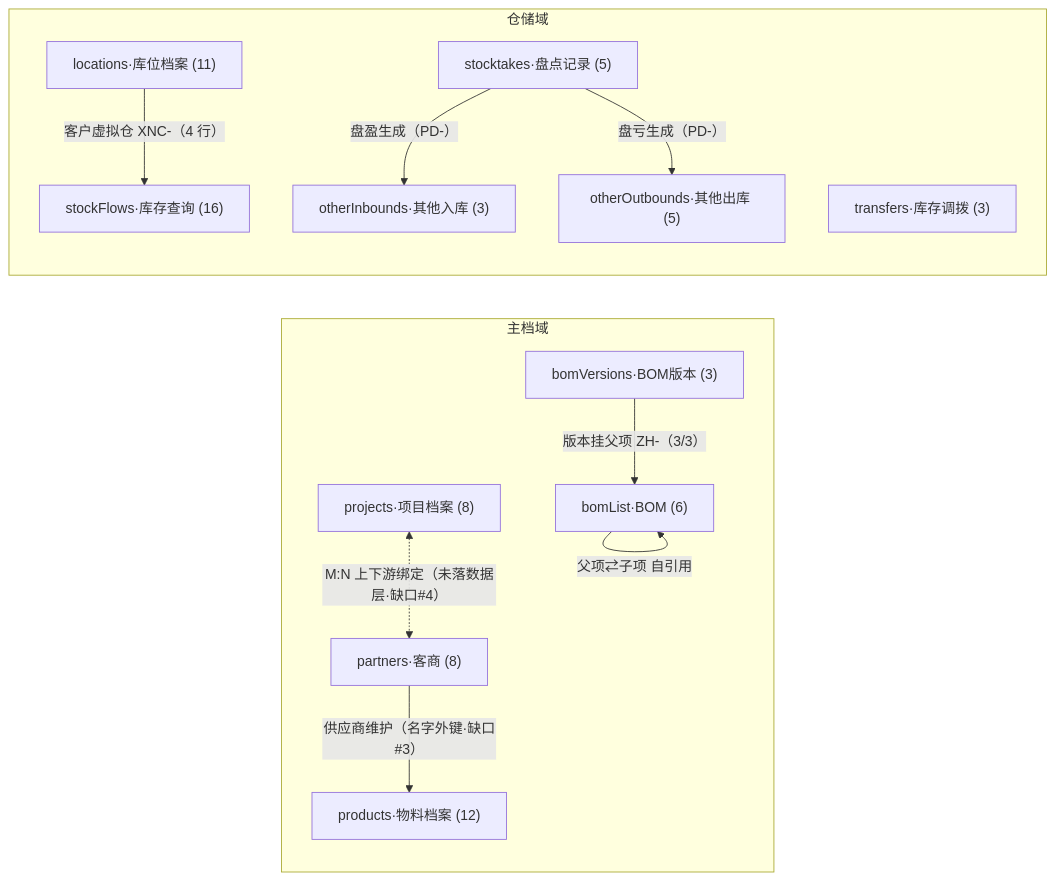
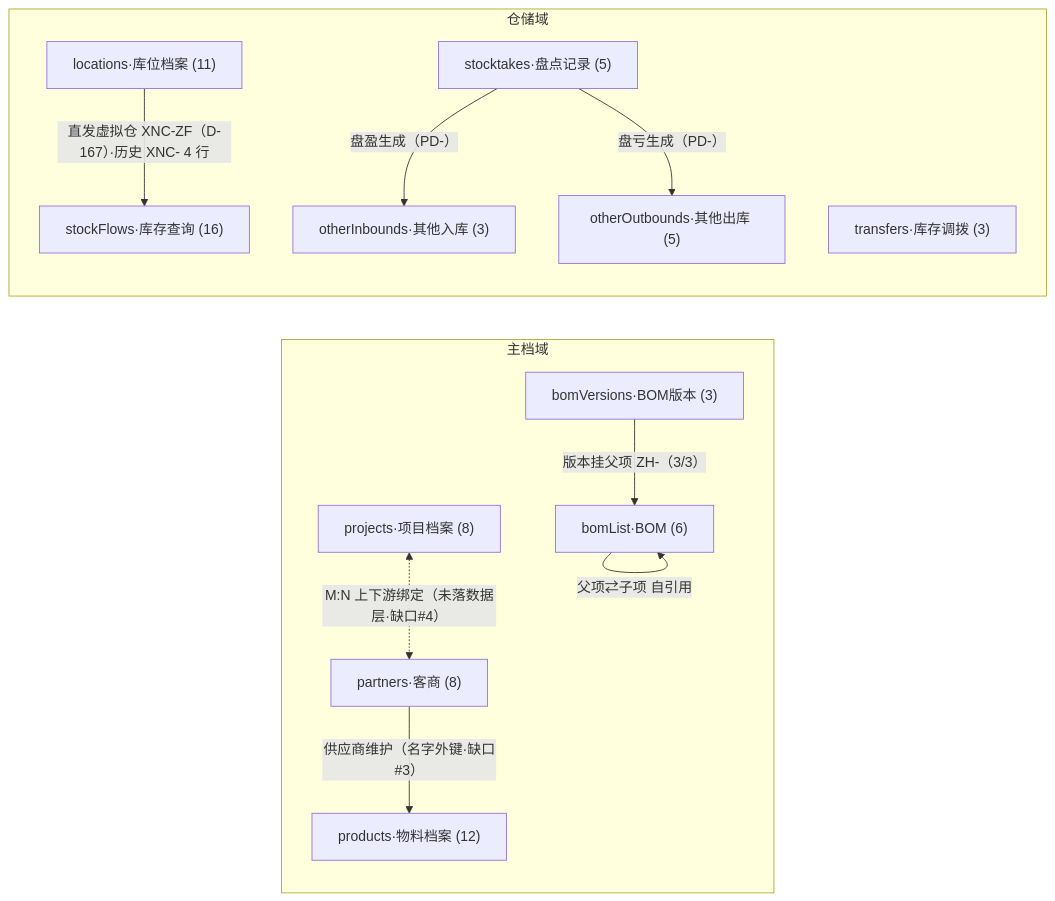
Before and after one commit to lyuxiaohei/auto-parts-rental: the third of 7 diagrams in P3-R01-包装租赁管理后台原型/P3-R01-A06-实体关系与状态机.md, drawn with Mermaid. The commit also changed other lines of this file and 11 other files, not shown here.

````diff
--- a/P3-R01-包装租赁管理后台原型/P3-R01-A06-实体关系与状态机.md
+++ b/P3-R01-包装租赁管理后台原型/P3-R01-A06-实体关系与状态机.md
@@ -183,27 +183,27 @@
 ```mermaid
 flowchart LR
   subgraph MASTER["主档域"]
     PROJECTS["projects·项目档案 (8)"]
     PARTNERS["partners·客商 (8)"]
     PRODUCTS["products·物料档案 (12)"]
     BOMLIST["bomList·BOM (6)"]
     BOMVER["bomVersions·BOM版本 (3)"]
   end
   subgraph WH["仓储域"]
     LOCATIONS["locations·库位档案 (11)"]
     STOCK["stockFlows·库存查询 (16)"]
     STK["stocktakes·盘点记录 (5)"]
     OIN["otherInbounds·其他入库 (3)"]
     OOUT["otherOutbounds·其他出库 (5)"]
     TRF["transfers·库存调拨 (3)"]
   end
   PROJECTS <-."M:N 上下游绑定（未落数据层·缺口#4）".-> PARTNERS
   PARTNERS -->|"供应商维护（名字外键·缺口#3）"| PRODUCTS
   BOMLIST -->|"父项⇄子项 自引用"| BOMLIST
   BOMVER -->|"版本挂父项 ZH-（3/3）"| BOMLIST
-  LOCATIONS -->|"客户虚拟仓 XNC-（4 行）"| STOCK
+  LOCATIONS -->|"直发虚拟仓 XNC-ZF（D-167）·历史 XNC- 4 行"| STOCK
   STK -->|"盘盈生成（PD-）"| OIN
   STK -->|"盘亏生成（PD-）"| OOUT
   classDef gray fill:#f5f5f5,stroke:#bfbfbf,stroke-dasharray:4 3,color:#8c8c8c;
   class PROJECTS,PARTNERS anchor;
 ```
````
